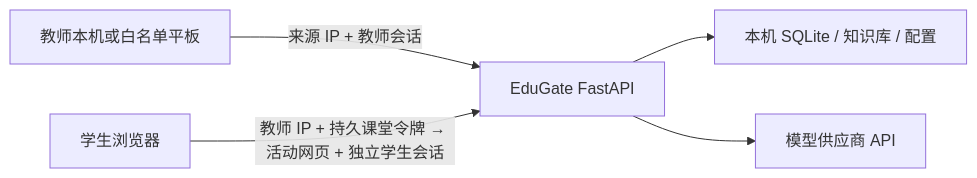
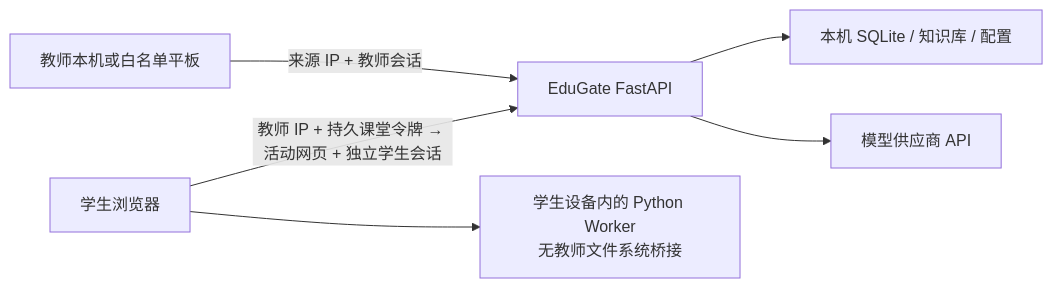
Before and after one commit to bd4rex/EduGate-standalone: the diagram in docs/架构与安全边界.md, drawn with Mermaid. The commit also changed other lines of this file and 60 other files, not shown here.

````diff
--- a/docs/架构与安全边界.md
+++ b/docs/架构与安全边界.md
@@ -7,7 +7,8 @@
 ```mermaid
 flowchart LR
     T["教师本机或白名单平板"] -->|"来源 IP + 教师会话"| A["EduGate FastAPI"]
     S["学生浏览器"] -->|"教师 IP + 持久课堂令牌 → 活动网页 + 独立学生会话"| A
+    S --> W["学生设备内的 Python Worker<br/>无教师文件系统桥接"]
     A --> DB["本机 SQLite / 知识库 / 配置"]
     A --> M["模型供应商 API"]
 ```
````
